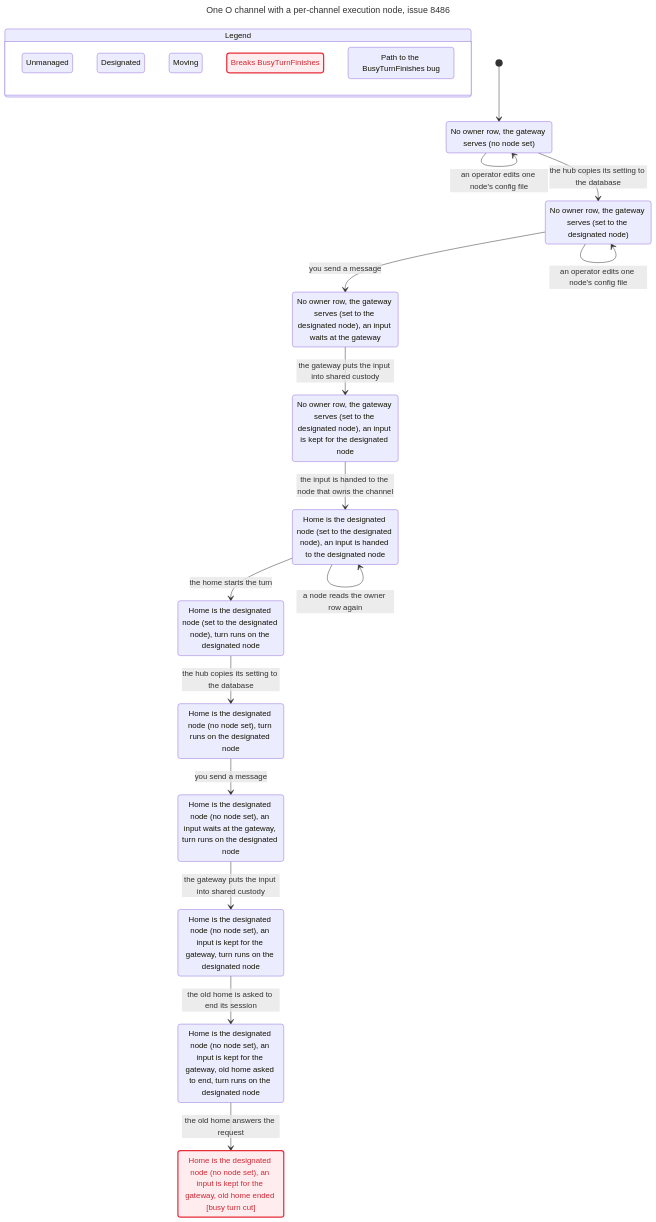
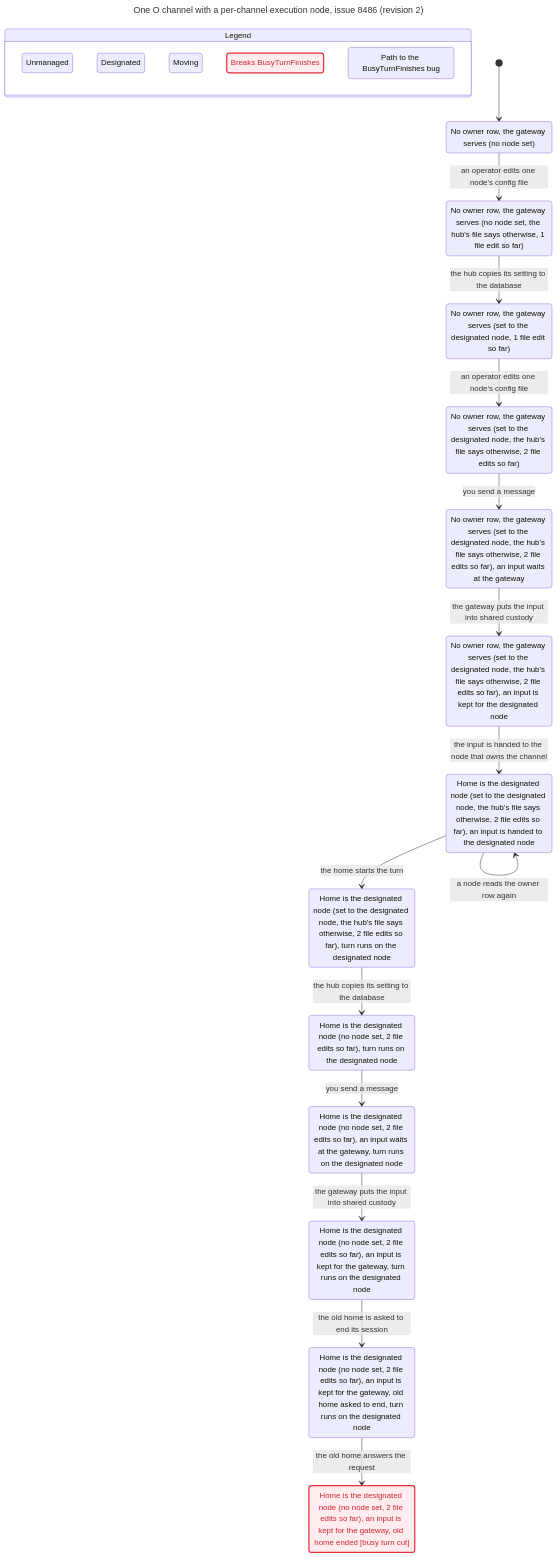
The diagram in docs/statecharts/gateway-lease/channel-home-nowait.chart.mmd (itismyfield/AgentDesk), drawn with Mermaid before and after one commit. The commit also changed 31 other files, not shown here.

```diff
--- a/docs/statecharts/gateway-lease/channel-home-nowait.chart.mmd
+++ b/docs/statecharts/gateway-lease/channel-home-nowait.chart.mmd
@@ -1,65 +1,71 @@
 ---
-title: "One O channel with a per-channel execution node, issue 8486"
+title: "One O channel with a per-channel execution node, issue 8486 (revision 2)"
 ---
 stateDiagram-v2
   state "Legend" as legend {
     lg0: Unmanaged
     lg1: Designated
     lg2: Moving
     lg3: Breaks BusyTurnFinishes
     lg4: Path to the BusyTurnFinishes bug
   }
   class lg0 tan
   class lg1 teal
   class lg2 pink
   class lg3 breaks
   class lg4 bugPath
   s0: No owner row, the gateway serves (no node set)
-  s1: No owner row, the gateway serves (set to the designated node)
-  s2: No owner row, the gateway serves (set to the designated node), an input waits at the gateway
-  s3: No owner row, the gateway serves (set to the designated node), an input is kept for the designated node
-  s4: Home is the designated node (set to the designated node), an input is handed to the designated node
-  s5: Home is the designated node (set to the designated node), turn runs on the designated node
-  s6: Home is the designated node (no node set), turn runs on the designated node
-  s7: Home is the designated node (no node set), an input waits at the gateway, turn runs on the designated node
-  s8: Home is the designated node (no node set), an input is kept for the gateway, turn runs on the designated node
-  s9: Home is the designated node (no node set), an input is kept for the gateway, old home asked to end, turn runs on the designated node
-  s10: Home is the designated node (no node set), an input is kept for the gateway, old home ended [busy turn cut]
+  s1: No owner row, the gateway serves (no node set, the hub's file says otherwise, 1 file edit so far)
+  s2: No owner row, the gateway serves (set to the designated node, 1 file edit so far)
+  s3: No owner row, the gateway serves (set to the designated node, the hub's file says otherwise, 2 file edits so far)
+  s4: No owner row, the gateway serves (set to the designated node, the hub's file says otherwise, 2 file edits so far), an input waits at the gateway
+  s5: No owner row, the gateway serves (set to the designated node, the hub's file says otherwise, 2 file edits so far), an input is kept for the designated node
+  s6: Home is the designated node (set to the designated node, the hub's file says otherwise, 2 file edits so far), an input is handed to the designated node
+  s7: Home is the designated node (set to the designated node, the hub's file says otherwise, 2 file edits so far), turn runs on the designated node
+  s8: Home is the designated node (no node set, 2 file edits so far), turn runs on the designated node
+  s9: Home is the designated node (no node set, 2 file edits so far), an input waits at the gateway, turn runs on the designated node
+  s10: Home is the designated node (no node set, 2 file edits so far), an input is kept for the gateway, turn runs on the designated node
+  s11: Home is the designated node (no node set, 2 file edits so far), an input is kept for the gateway, old home asked to end, turn runs on the designated node
+  s12: Home is the designated node (no node set, 2 file edits so far), an input is kept for the gateway, old home ended [busy turn cut]
   [*] --> s0
-  s0 --> s0: an operator edits one node's config file
-  s0 --> s1: the hub copies its setting to the database
-  s1 --> s1: an operator edits one node's config file
-  s1 --> s2: you send a message
-  s2 --> s3: the gateway puts the input into shared custody
-  s3 --> s4: the input is handed to the node that owns the channel
-  s4 --> s4: a node reads the owner row again
-  s4 --> s5: the home starts the turn
-  s5 --> s6: the hub copies its setting to the database
-  s6 --> s7: you send a message
-  s7 --> s8: the gateway puts the input into shared custody
-  s8 --> s9: the old home is asked to end its session
-  s9 --> s10: the old home answers the request
+  s0 --> s1: an operator edits one node's config file
+  s1 --> s2: the hub copies its setting to the database
+  s2 --> s3: an operator edits one node's config file
+  s3 --> s4: you send a message
+  s4 --> s5: the gateway puts the input into shared custody
+  s5 --> s6: the input is handed to the node that owns the channel
+  s6 --> s6: a node reads the owner row again
+  s6 --> s7: the home starts the turn
+  s7 --> s8: the hub copies its setting to the database
+  s8 --> s9: you send a message
+  s9 --> s10: the gateway puts the input into shared custody
+  s10 --> s11: the old home is asked to end its session
+  s11 --> s12: the old home answers the request
   classDef breaks fill:#ffecee,stroke:#e72e3b,stroke-width:2.5px,color:#cd2834
   class s0 tan
   class s0 bugPath
   class s1 tan
   class s1 bugPath
   class s2 tan
   class s2 bugPath
   class s3 tan
   class s3 bugPath
-  class s4 teal
+  class s4 tan
   class s4 bugPath
-  class s5 teal
+  class s5 tan
   class s5 bugPath
   class s6 teal
   class s6 bugPath
   class s7 teal
   class s7 bugPath
   class s8 teal
   class s8 bugPath
-  class s9 pink
+  class s9 teal
   class s9 bugPath
-  class s10 pink
-  class s10 breaks
+  class s10 teal
   class s10 bugPath
+  class s11 pink
+  class s11 bugPath
+  class s12 pink
+  class s12 breaks
+  class s12 bugPath
```
